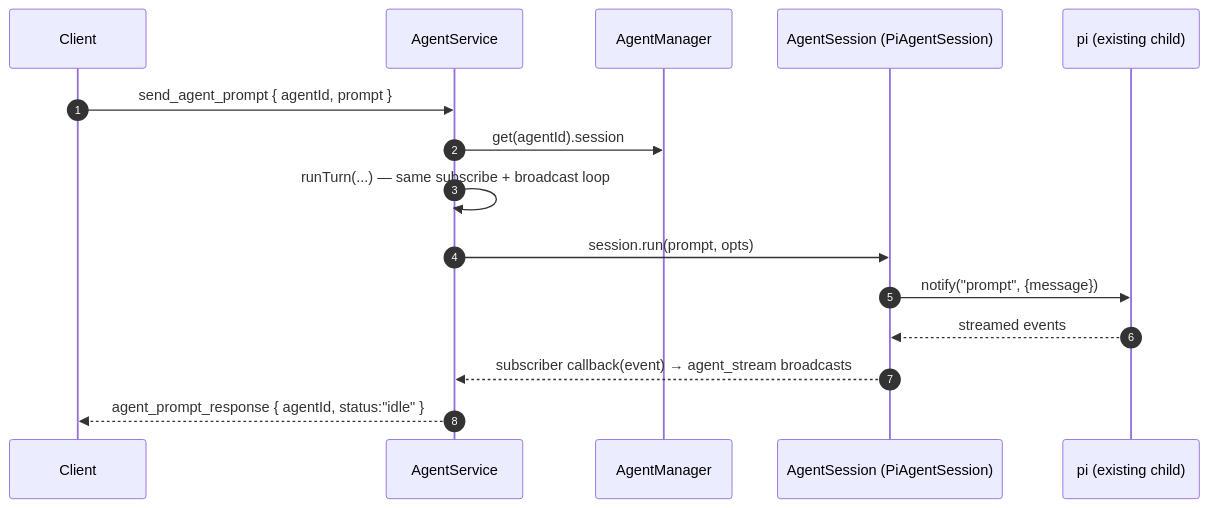
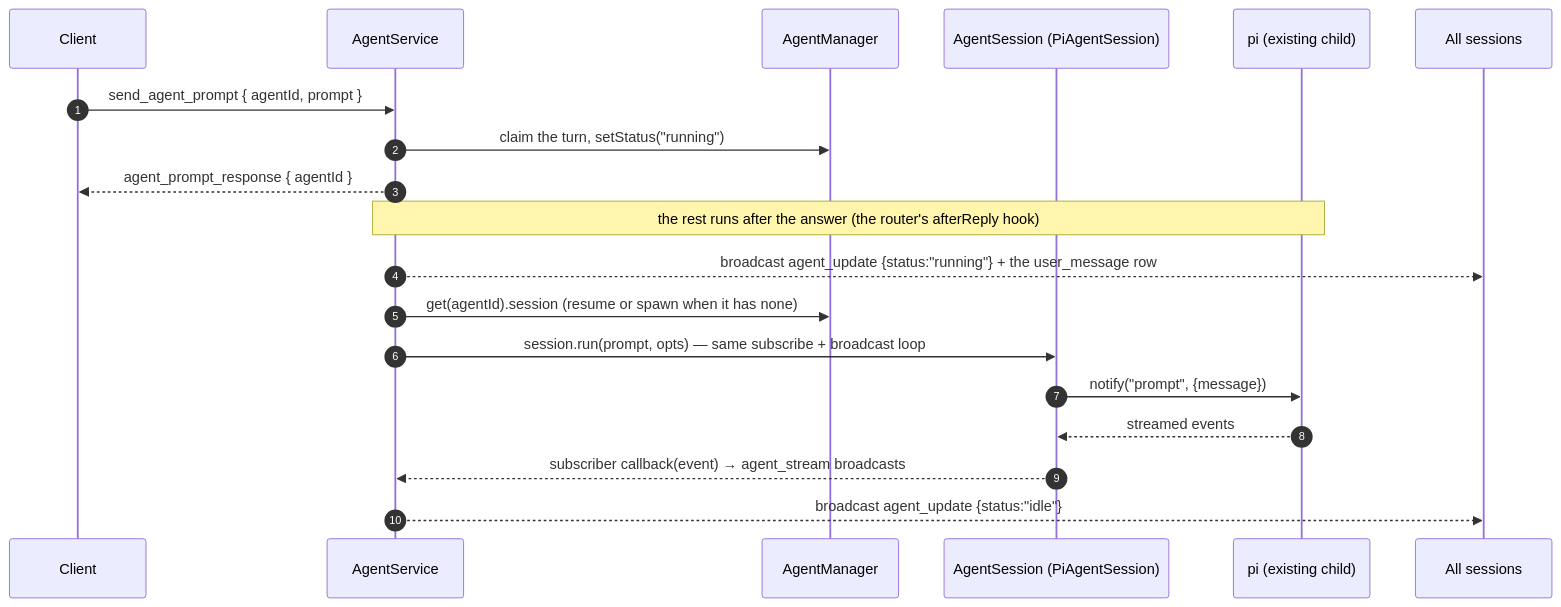
The fifth of 9 diagrams in packages/server/docs/gateway-architecture.md (avatsaev/pi-studio), drawn with Mermaid before and after one commit. The commit also changed other lines of this file and 316 other files, not shown here.

````diff
--- a/packages/server/docs/gateway-architecture.md
+++ b/packages/server/docs/gateway-architecture.md
@@ -285,18 +289,22 @@
 ```mermaid
 sequenceDiagram
   autonumber
   participant C as Client
   participant AS as AgentService
   participant M as AgentManager
   participant PS as AgentSession (PiAgentSession)
   participant Pi as pi (existing child)
+  participant All as All sessions
 
   C->>AS: send_agent_prompt { agentId, prompt }
-  AS->>M: get(agentId).session
-  AS->>AS: runTurn(...) — same subscribe + broadcast loop
-  AS->>PS: session.run(prompt, opts)
+  AS->>M: claim the turn, setStatus("running")
+  AS-->>C: agent_prompt_response { agentId }
+  Note over AS,Pi: the rest runs after the answer (the router's afterReply hook)
+  AS-->>All: broadcast agent_update {status:"running"} + the user_message row
+  AS->>M: get(agentId).session (resume or spawn when it has none)
+  AS->>PS: session.run(prompt, opts) — same subscribe + broadcast loop
   PS->>Pi: notify("prompt", {message})
   Pi-->>PS: streamed events
   PS-->>AS: subscriber callback(event) → agent_stream broadcasts
-  AS-->>C: agent_prompt_response { agentId, status:"idle" }
+  AS-->>All: broadcast agent_update {status:"idle"}
 ```
````
